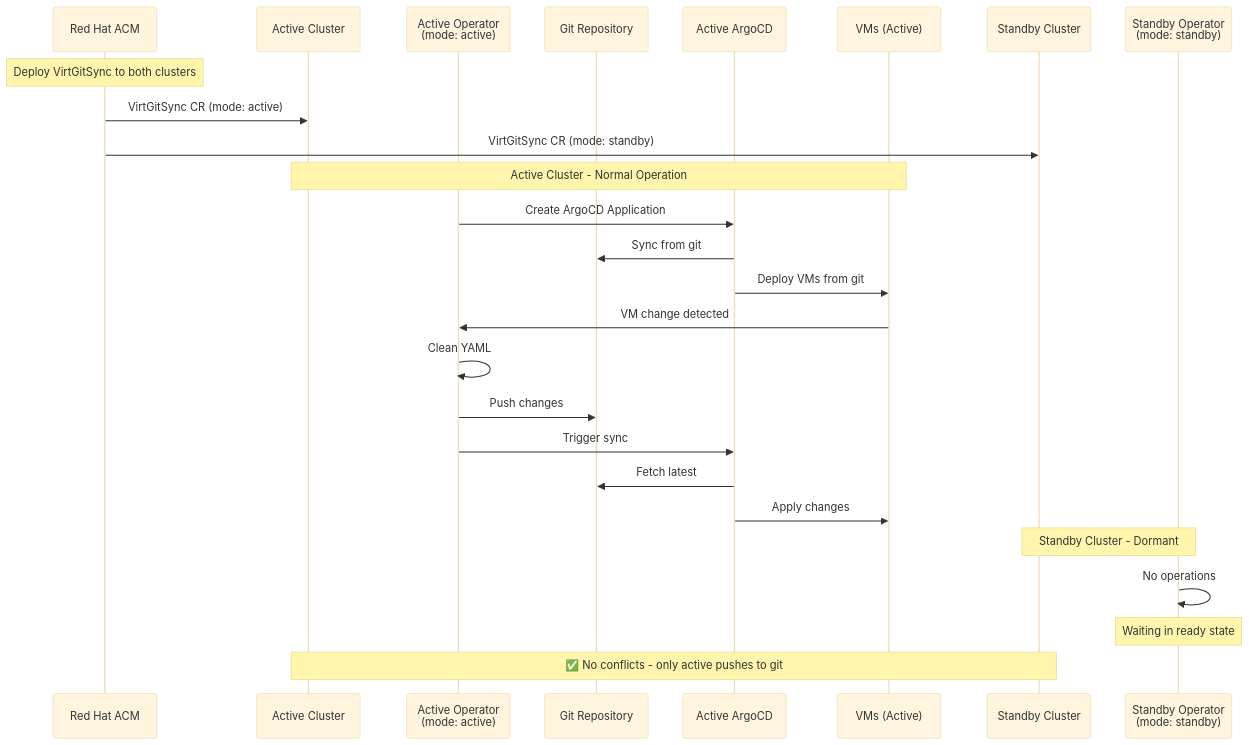
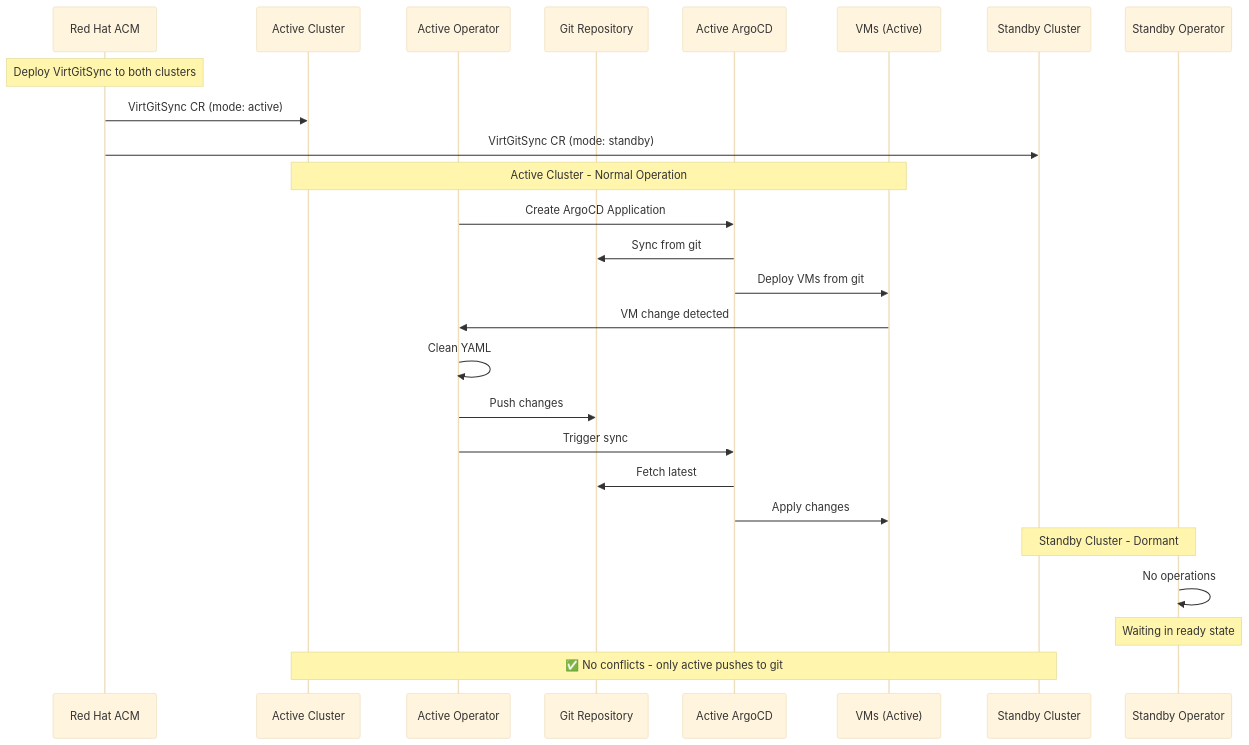
The second of 12 diagrams in docs/dr-active-standby.md (mathianasj/virt-git-sync), drawn with Mermaid (base theme) before and after one commit. The commit also changed other lines of this file, not shown here.

First line of the commit message:
Fix Mermaid diagram syntax for GitHub compatibility

````diff
--- a/docs/dr-active-standby.md
+++ b/docs/dr-active-standby.md
@@ -48,35 +48,35 @@
 ```mermaid
 sequenceDiagram
     participant ACM as Red Hat ACM
     participant AC as Active Cluster
-    participant AO as Active Operator<br/>(mode: active)
+    participant AO as Active Operator
     participant Git as Git Repository
     participant AA as Active ArgoCD
     participant AV as VMs (Active)
     participant SC as Standby Cluster
-    participant SO as Standby Operator<br/>(mode: standby)
+    participant SO as Standby Operator
     
     Note over ACM: Deploy VirtGitSync to both clusters
     ACM->>AC: VirtGitSync CR (mode: active)
     ACM->>SC: VirtGitSync CR (mode: standby)
     
     Note over AC,AV: Active Cluster - Normal Operation
     
     AO->>AA: Create ArgoCD Application
     AA->>Git: Sync from git
     AA->>AV: Deploy VMs from git
     
     AV->>AO: VM change detected
     AO->>AO: Clean YAML
     AO->>Git: Push changes
     AO->>AA: Trigger sync
     AA->>Git: Fetch latest
     AA->>AV: Apply changes
     
     Note over SC,SO: Standby Cluster - Dormant
     
     SO->>SO: No operations
     Note over SO: Waiting in ready state
     
     Note over AC,SC: ✅ No conflicts - only active pushes to git
 ```
````
